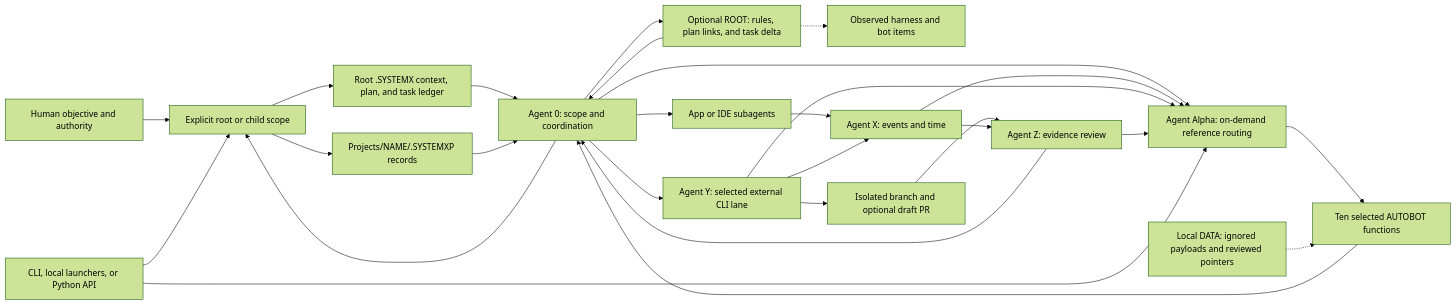
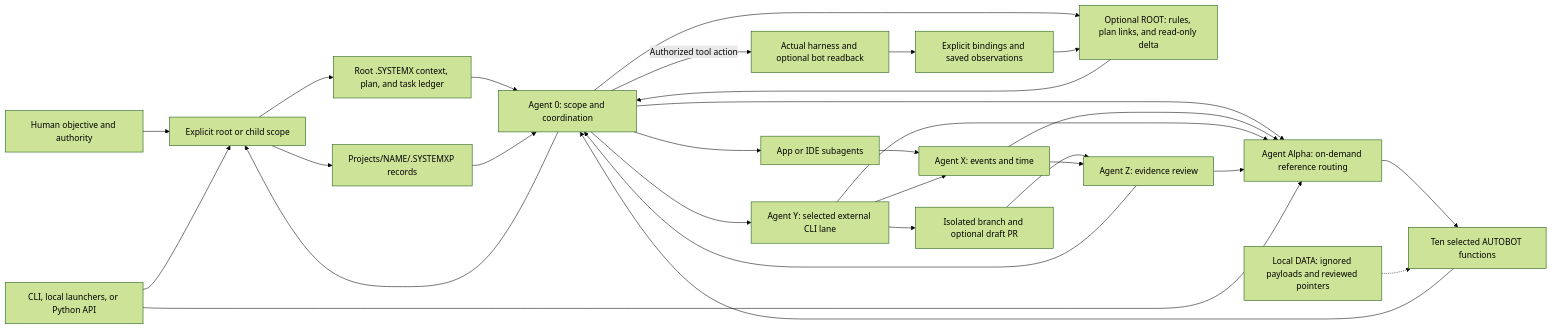
One commit to WayneTechLab/dotSYSTEMX changed the diagram in README.md. Above: the diagram before and after it, drawn with Mermaid (forest theme). The commit also changed other lines of this file and 24 other files, not shown here.

````diff
--- a/README.md
+++ b/README.md
@@ -110,29 +117,31 @@
 ```mermaid
 flowchart LR
   H[Human objective and authority] --> S[Explicit root or child scope]
   CLI[CLI, local launchers, or Python API] --> S
   S --> R[Root .SYSTEMX context, plan, and task ledger]
   S --> C[Projects/NAME/.SYSTEMXP records]
   R --> A0[Agent 0: scope and coordination]
   C --> A0
-  A0 --> ROOT[Optional ROOT: rules, plan links, and task delta]
-  ROOT -.-> HS[Observed harness and bot items]
+  A0 --> ROOT[Optional ROOT: rules, plan links, and read-only delta]
+  HS[Actual harness and optional bot readback] --> OBS[Explicit bindings and saved observations]
+  OBS --> ROOT
   ROOT --> A0
+  A0 -->|Authorized tool action| HS
   A0 --> W[App or IDE subagents]
   A0 --> Y[Agent Y: selected external CLI lane]
   Y --> P[Isolated branch and optional draft PR]
   W --> X[Agent X: events and time]
   Y --> X
   P --> Z[Agent Z: evidence review]
   X --> Z
   Z --> A0
   A0 --> AA[Agent Alpha: on-demand reference routing]
   X --> AA
   Y --> AA
   Z --> AA
   CLI --> AA
   AA --> AB[Ten selected AUTOBOT functions]
   AB --> A0
   D[Local DATA: ignored payloads and reviewed pointers] -.-> AB
   A0 --> S
 ```
````
